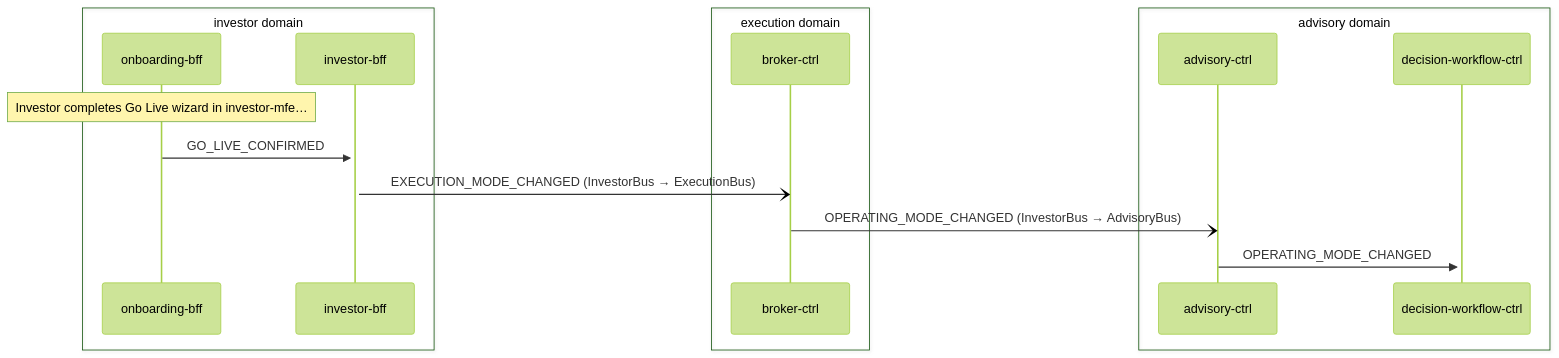
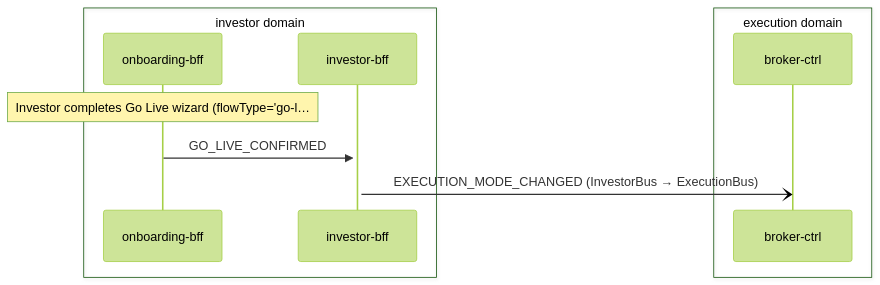
The second of 2 diagrams in docs/data-flows/go-live.md (fabio-vitali/nestfolio), drawn with Mermaid (forest theme) before and after one commit. The commit also changed other lines of this file and 53 other files, not shown here.

First line of the commit message:
docs: regenerate all service cards, flow specs, and C4 diagrams via /init-docs

````diff
--- a/docs/data-flows/go-live.md
+++ b/docs/data-flows/go-live.md
@@ -31,19 +26,13 @@
 ```mermaid
 sequenceDiagram
     box investor domain
         participant onboarding_bff as onboarding-bff
         participant investor_bff as investor-bff
     end
     box execution domain
         participant broker_ctrl as broker-ctrl
     end
-    box advisory domain
-        participant advisory_ctrl as advisory-ctrl
-        participant decision_workflow_ctrl as decision-workflow-ctrl
-    end
-    Note over onboarding_bff: Investor completes Go Live wizard in investor-mfe…
+    Note over onboarding_bff: Investor completes Go Live wizard (flowType='go-l…
     onboarding_bff->>+investor_bff: GO_LIVE_CONFIRMED
     investor_bff-)broker_ctrl: EXECUTION_MODE_CHANGED (InvestorBus → ExecutionBus)
-    broker_ctrl-)advisory_ctrl: OPERATING_MODE_CHANGED (InvestorBus → AdvisoryBus)
-    advisory_ctrl->>+decision_workflow_ctrl: OPERATING_MODE_CHANGED
 ```
````
